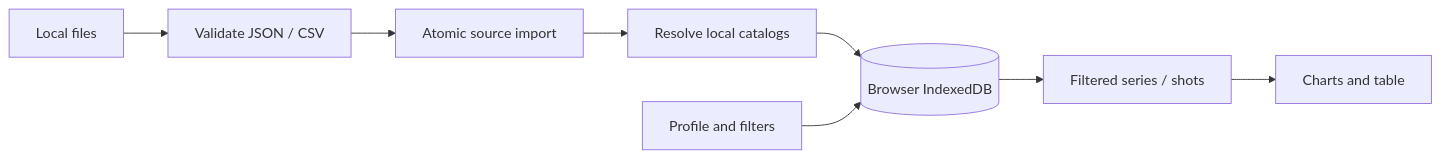
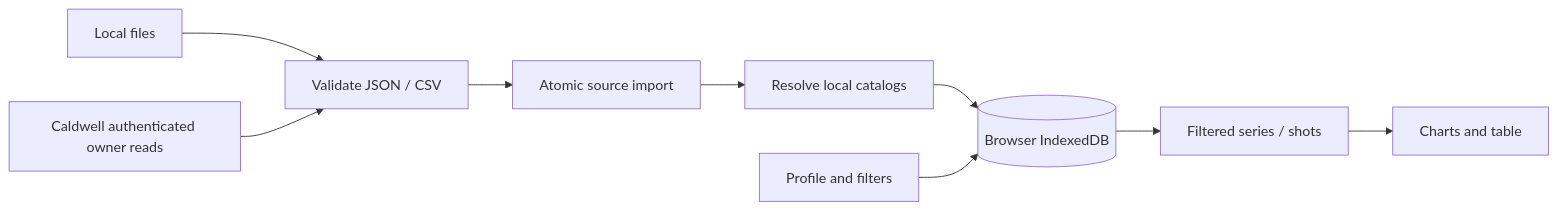
Before and after one commit to tony2kk/velocitrack: the diagram in ARCHITECTURE.md, drawn with Mermaid. The commit also changed other lines of this file and 31 other files, not shown here.

````diff
--- a/ARCHITECTURE.md
+++ b/ARCHITECTURE.md
@@ -11,10 +11,11 @@
 ```mermaid
 flowchart LR
   Files[Local files] --> Parser[Validate JSON / CSV]
+  Cloud[Caldwell authenticated owner reads] --> Parser
   Parser --> Import[Atomic source import]
   Import --> Catalog[Resolve local catalogs]
   Catalog --> IDB[(Browser IndexedDB)]
   Profile[Profile and filters] --> IDB
   IDB --> View[Filtered series / shots]
   View --> Chart[Charts and table]
 ```
````
